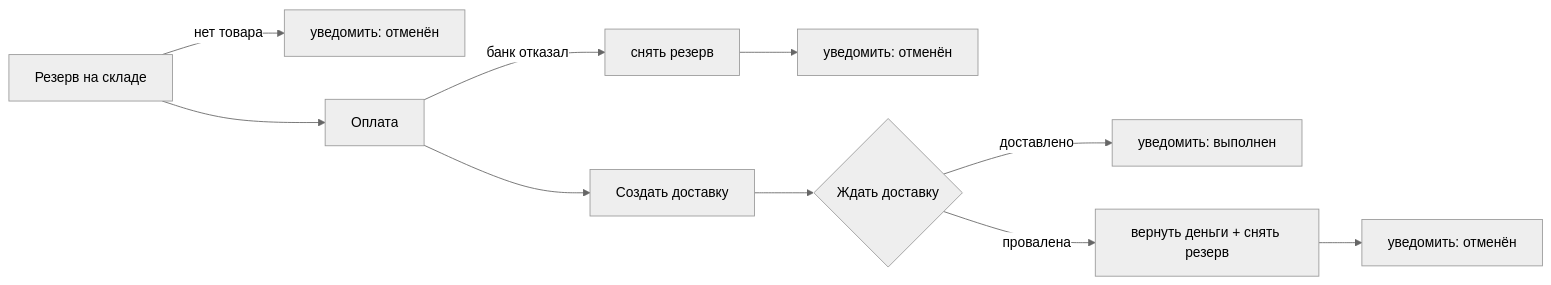
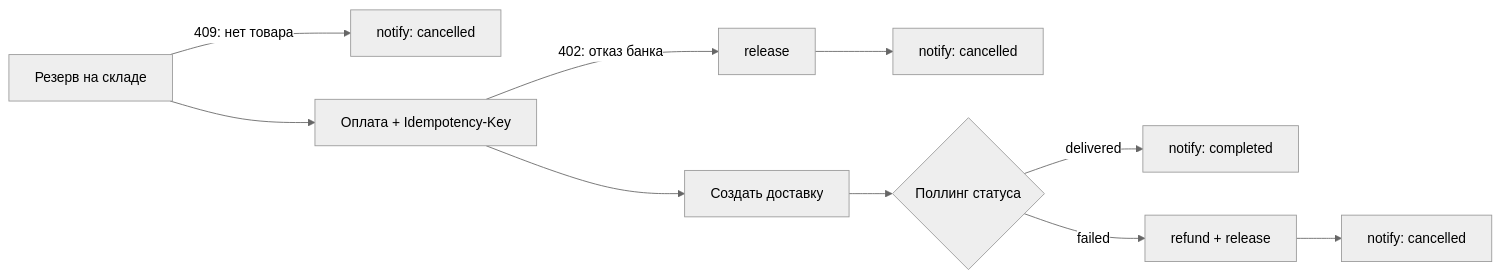
The diagram in README.md (colzphml/test_temporal_dev), drawn with Mermaid (neutral theme) before and after one commit. The commit also changed other lines of this file, not shown here.

````diff
--- a/README.md
+++ b/README.md
@@ -62,10 +59,10 @@
 ```mermaid
 flowchart LR
-    R[Резерв на складе] -->|нет товара| N1[уведомить: отменён]
-    R --> C[Оплата]
-    C -->|банк отказал| REL[снять резерв] --> N2[уведомить: отменён]
+    R[Резерв на складе] -->|409: нет товара| N1[notify: cancelled]
+    R --> C[Оплата + Idempotency-Key]
+    C -->|402: отказ банка| REL[release] --> N2[notify: cancelled]
     C --> S[Создать доставку]
-    S --> P{Ждать доставку}
-    P -->|доставлено| N3[уведомить: выполнен]
-    P -->|провалена| RF[вернуть деньги + снять резерв] --> N4[уведомить: отменён]
+    S --> P{Поллинг статуса}
+    P -->|delivered| N3[notify: completed]
+    P -->|failed| RF[refund + release] --> N4[notify: cancelled]
 ```
````
